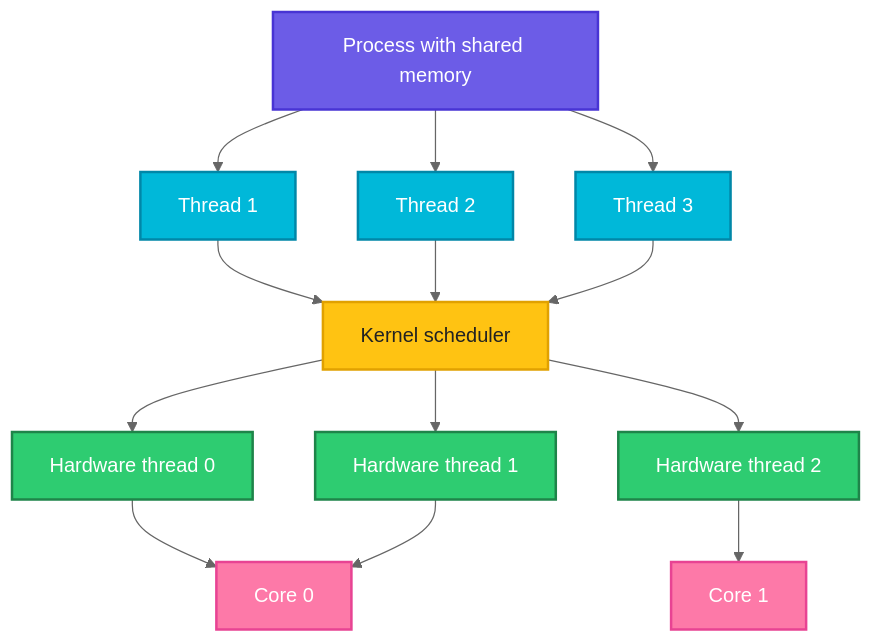
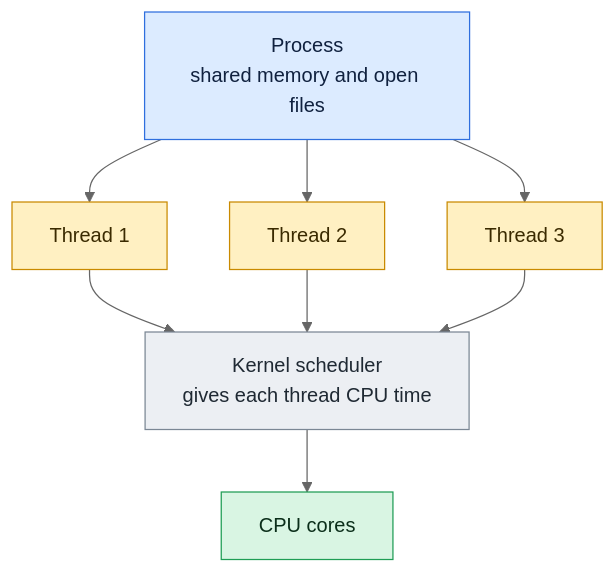
The diagram in linux/os-internals/05-threads.md (codeKerdosTech/DevOps-Documentation), drawn with Mermaid (neutral theme) before and after one commit. The commit also changed other lines of this file and 165 other files, not shown here.

Commit message:
updated diagrams in linux

````diff
--- a/linux/os-internals/05-threads.md
+++ b/linux/os-internals/05-threads.md
@@ -22,25 +22,19 @@
 ```mermaid
 flowchart TD
-    A[Process with shared memory] --> B[Thread 1]
-    A --> C[Thread 2]
-    A --> D[Thread 3]
-    B --> E[Kernel scheduler]
-    C --> E
-    D --> E
-    E --> F[Hardware thread 0]
-    E --> G[Hardware thread 1]
-    E --> H[Hardware thread 2]
-    F --> I[Core 0]
-    G --> I
-    H --> J[Core 1]
-    classDef start fill:#6C5CE7,stroke:#4834D4,stroke-width:2px,color:#fff
-    classDef proc fill:#00B8D9,stroke:#0087A8,stroke-width:2px,color:#fff
-    classDef dec fill:#FFC312,stroke:#E1A100,stroke-width:2px,color:#222
-    classDef ok fill:#2ECC71,stroke:#1E8449,stroke-width:2px,color:#fff
-    classDef out fill:#FD79A8,stroke:#E84393,stroke-width:2px,color:#fff
-    class A start
-    class B,C,D proc
-    class E dec
-    class F,G,H ok
-    class I,J out
+    i1[Process<br/>shared memory and open files] --> c1[Thread 1]
+    i1 --> c2[Thread 2]
+    i1 --> c3[Thread 3]
+    c1 --> n1[Kernel scheduler<br/>gives each thread CPU time]
+    c2 --> n1
+    c3 --> n1
+    n1 --> o1[CPU cores]
+    classDef inp fill:#DCEBFF,stroke:#2F6FDE,color:#10213F
+    classDef cmd fill:#FFF0C2,stroke:#C98A00,color:#3A2A00
+    classDef out fill:#D9F5E3,stroke:#1F9D55,color:#0B2E1A
+    classDef bad fill:#FDE0E0,stroke:#D13B3B,color:#4A0F0F
+    classDef note fill:#ECEFF3,stroke:#7B8794,color:#1F2933
+    class i1 inp
+    class c1,c2,c3 cmd
+    class n1 note
+    class o1 out
 ```
````
